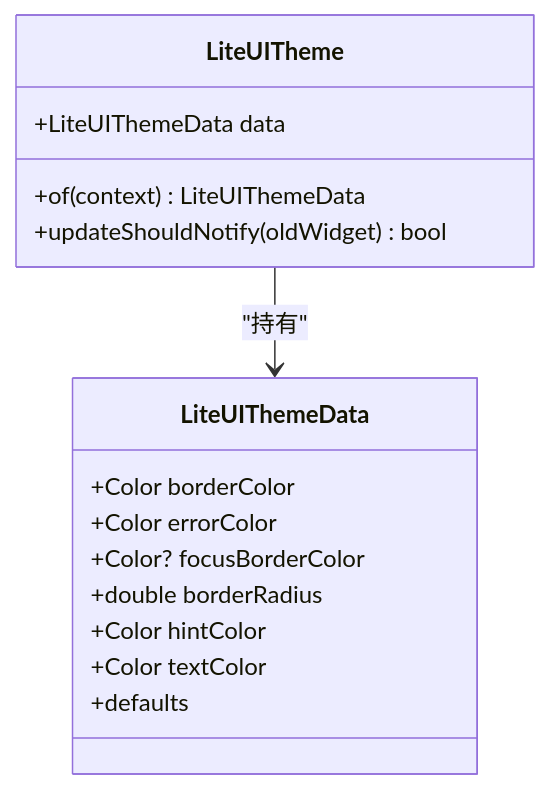
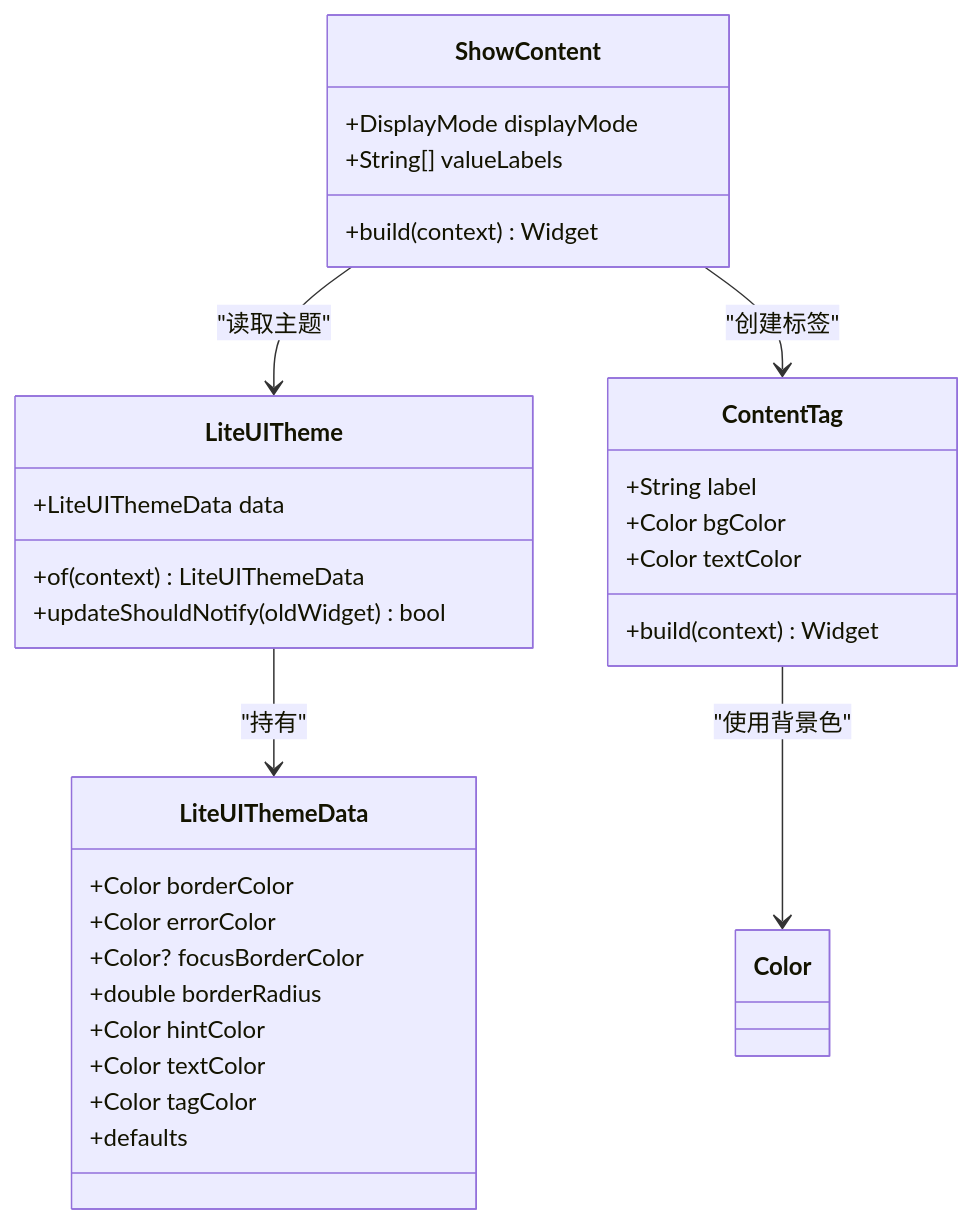
One commit to yuzhido/lite-ui changed the second of 4 diagrams in .qoder/repowiki/zh/content/API 参考/主题系统 API.md. Above: the diagram before and after it, drawn with Mermaid. The commit also changed other lines of this file and 37 other files, not shown here.

````diff
--- a/.qoder/repowiki/zh/content/API 参考/主题系统 API.md
+++ b/.qoder/repowiki/zh/content/API 参考/主题系统 API.md
@@ -67,18 +81,33 @@
 ```mermaid
 classDiagram
 class LiteUIThemeData {
 +Color borderColor
 +Color errorColor
 +Color? focusBorderColor
 +double borderRadius
 +Color hintColor
 +Color textColor
++Color tagColor
 +defaults
 }
 class LiteUITheme {
 +LiteUIThemeData data
 +of(context) LiteUIThemeData
 +updateShouldNotify(oldWidget) bool
 }
+class ShowContent {
++DisplayMode displayMode
++String[] valueLabels
++build(context) Widget
+}
+class ContentTag {
++String label
++Color bgColor
++Color textColor
++build(context) Widget
+}
 LiteUITheme --> LiteUIThemeData : "持有"
+ShowContent --> LiteUITheme : "读取主题"
+ShowContent --> ContentTag : "创建标签"
+ContentTag --> Color : "使用背景色"
 ```
````
